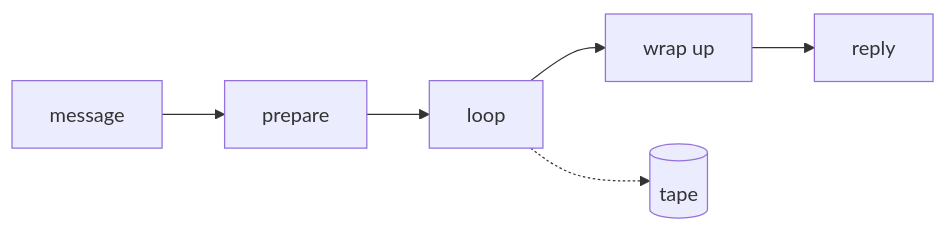
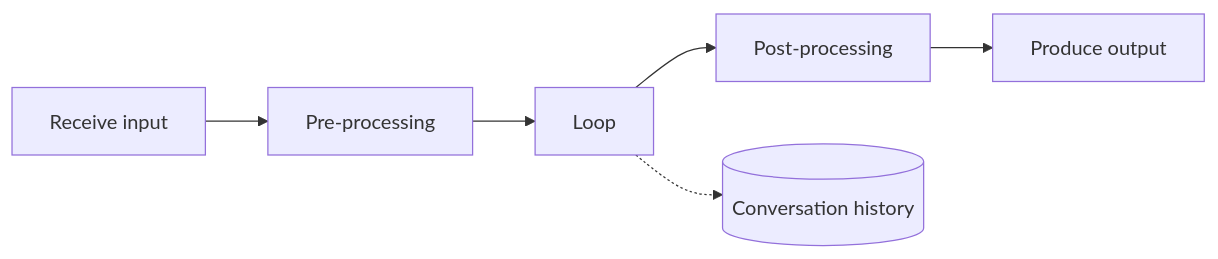
One commit to bubbuild/bub changed the diagram in website/src/content/docs/docs/concepts/index.mdx. Above: the diagram before and after it, drawn with Mermaid. The commit also changed other lines of this file and 19 other files, not shown here.

````diff
--- a/website/src/content/docs/docs/concepts/index.mdx
+++ b/website/src/content/docs/docs/concepts/index.mdx
@@ -24,5 +30,5 @@
 ```mermaid
 flowchart LR
-  A["message"] --> B["prepare"] --> C["loop"] --> D["wrap up"] --> E["reply"]
-  C -.-> T[("tape")]
+  A["Receive input"] --> B["Pre-processing"] --> C["Loop"] --> D["Post-processing"] --> E["Produce output"]
+  C -.-> T[("Conversation history")]
 ```
````
